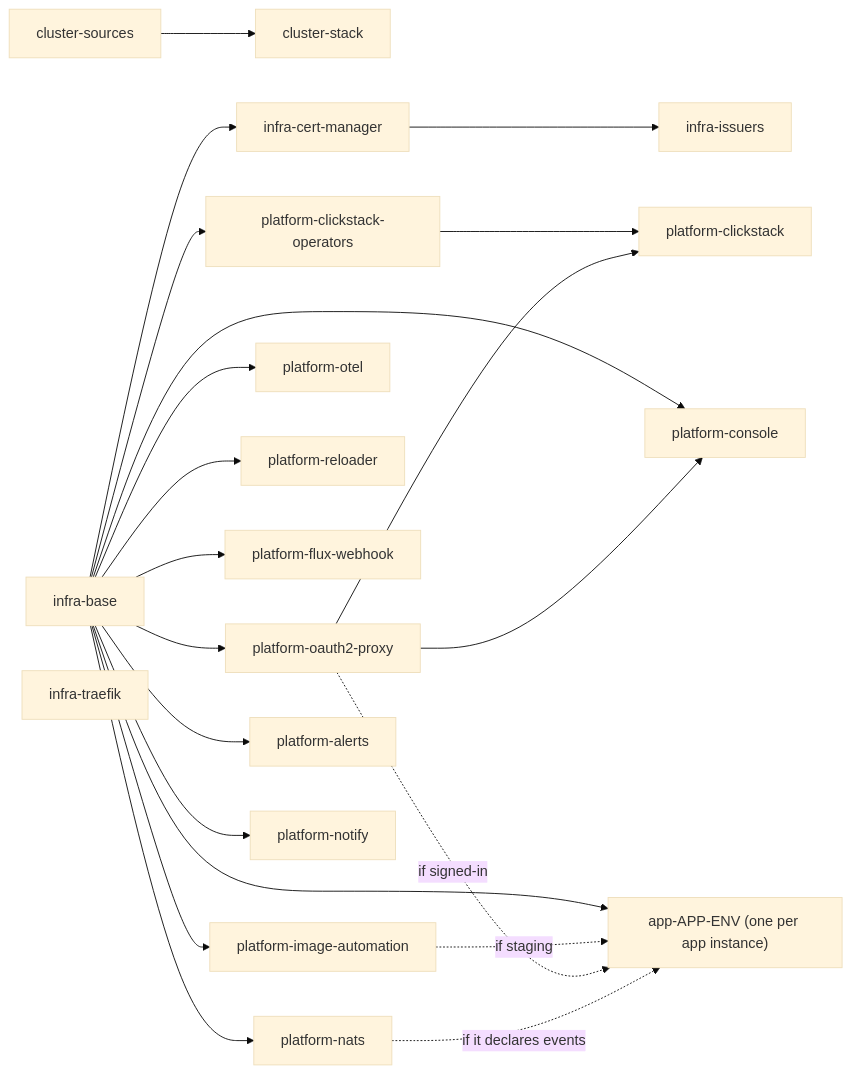
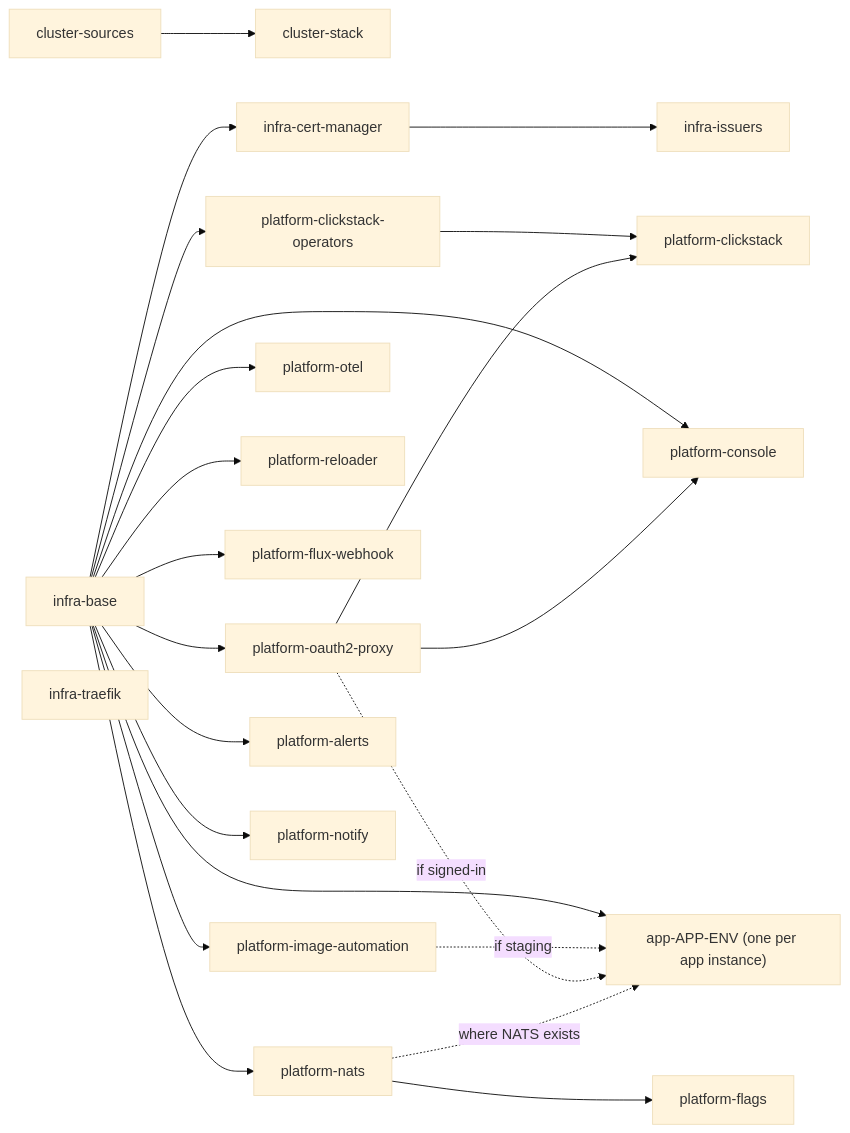
One commit to samclement/swhurl-platform changed the second of 6 diagrams in docs/architecture.md. Above: the diagram before and after it, drawn with Mermaid (base theme). The commit also changed other lines of this file and 42 other files, not shown here.

First line of the commit message:
Feature flags stage 2: a NATS identity for every instance, flag buckets

````diff
--- a/docs/architecture.md
+++ b/docs/architecture.md
@@ -63,22 +63,22 @@
 ```mermaid
 flowchart LR
   sources[cluster-sources] --> stack[cluster-stack]
   base[infra-base] --> cm[infra-cert-manager] --> issuers[infra-issuers]
   base --> auth[platform-oauth2-proxy]
   base --> ops[platform-clickstack-operators] --> clickstack[platform-clickstack]
   auth --> clickstack
   base --> otel[platform-otel]
   base --> reloader[platform-reloader]
   base --> webhook[platform-flux-webhook]
   base --> imageauto[platform-image-automation]
   base --> alerts[platform-alerts]
   base --> notify[platform-notify]
   base --> console[platform-console]
   auth --> console
-  base --> nats[platform-nats]
+  base --> nats[platform-nats] --> flags[platform-flags]
   traefik[infra-traefik]
   base --> app["app-APP-ENV (one per app instance)"]
   imageauto -. if staging .-> app
   auth -. if signed-in .-> app
-  nats -. if it declares events .-> app
+  nats -. where NATS exists .-> app
 ```
````
